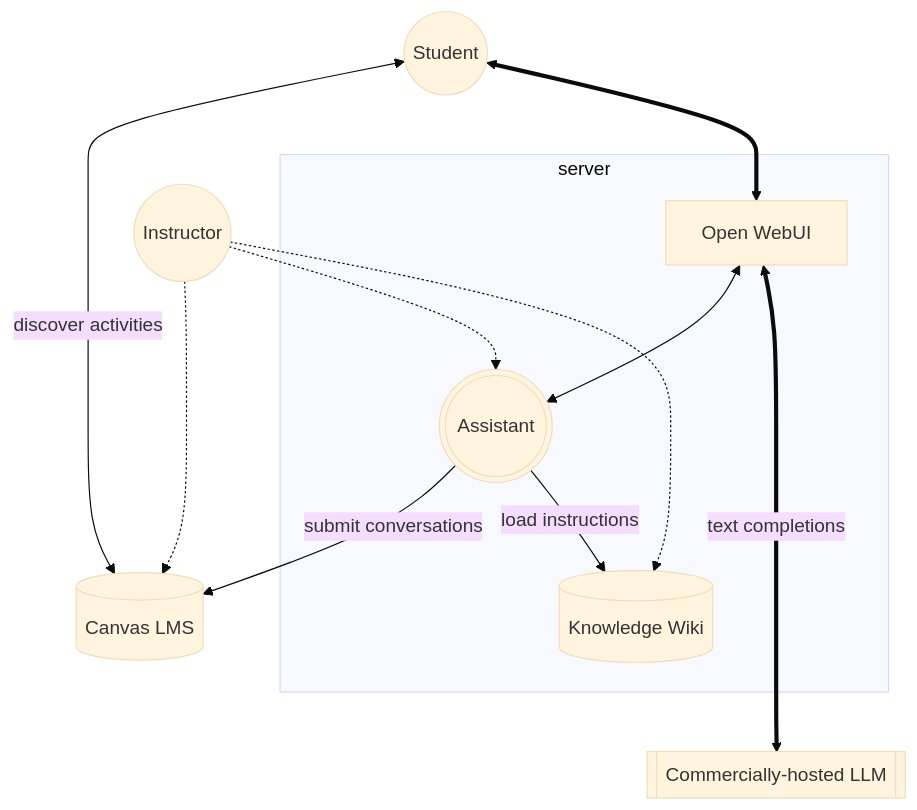
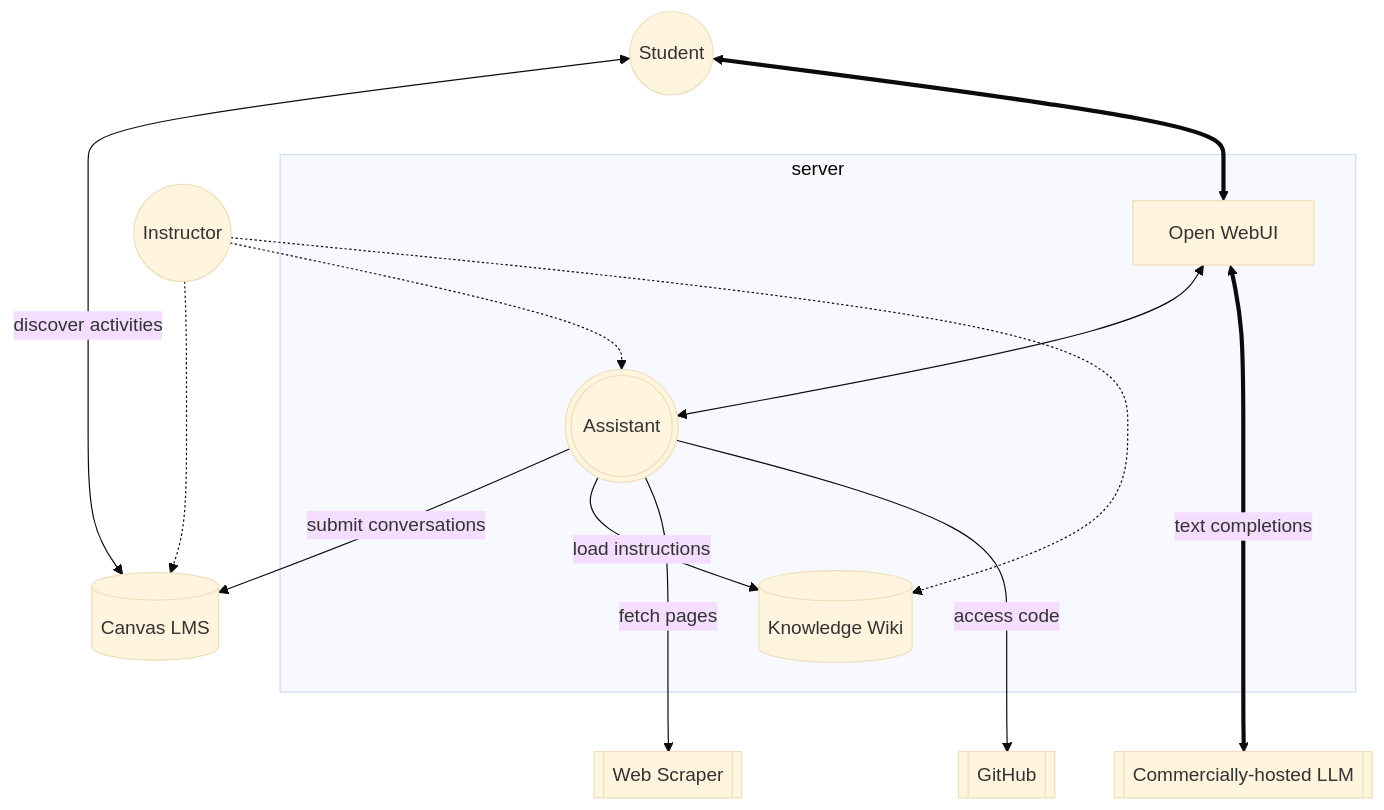
One commit to rndmcnlly/brace changed the diagram in book/self-knowledge.md. Above: the diagram before and after it, drawn with Mermaid (base theme). The commit also changed other lines of this file, not shown here.

Commit message:
enrich self-knowledge

````diff
--- a/book/self-knowledge.md
+++ b/book/self-knowledge.md
@@ -14,23 +15,27 @@
 ```mermaid
 flowchart TD
 
     student((Student))
     instructor((Instructor))
 
     subgraph server
         owui[Open WebUI]
         assistant(((Assistant)))
         wiki[(Knowledge Wiki)]
     end
 
     canvas[(Canvas LMS)]
     llm[[Commercially-hosted LLM]]
+    scraper[[Web Scraper]]
+    github[[GitHub]]
     
     instructor -.-> assistant & wiki & canvas
     student <-->|discover activities| canvas
     student <==> owui
     owui <--> assistant
     assistant --submit conversations--> canvas
     assistant --load instructions--> wiki
+    assistant --fetch pages---> scraper
+    assistant --access code---> github
     owui <==text completions====> llm
 ```
````
